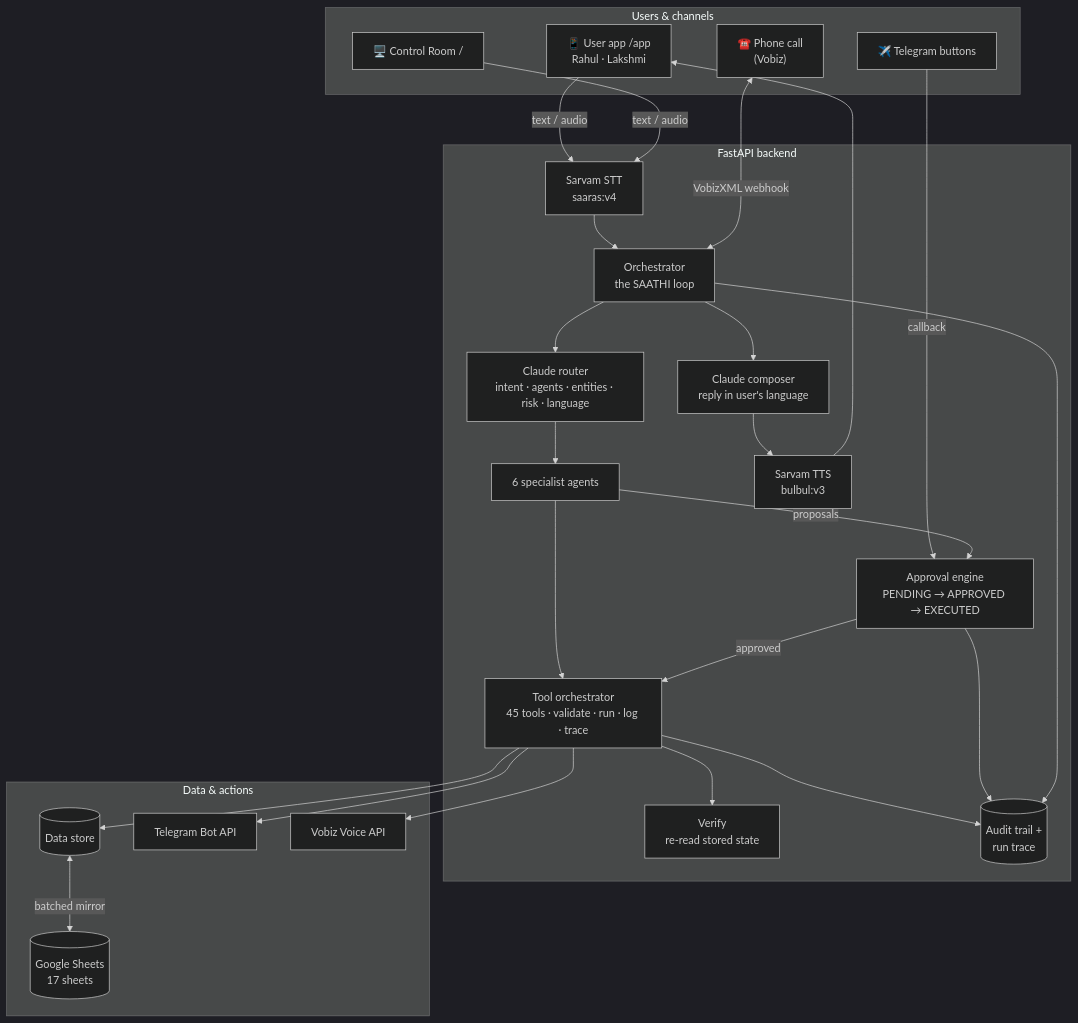
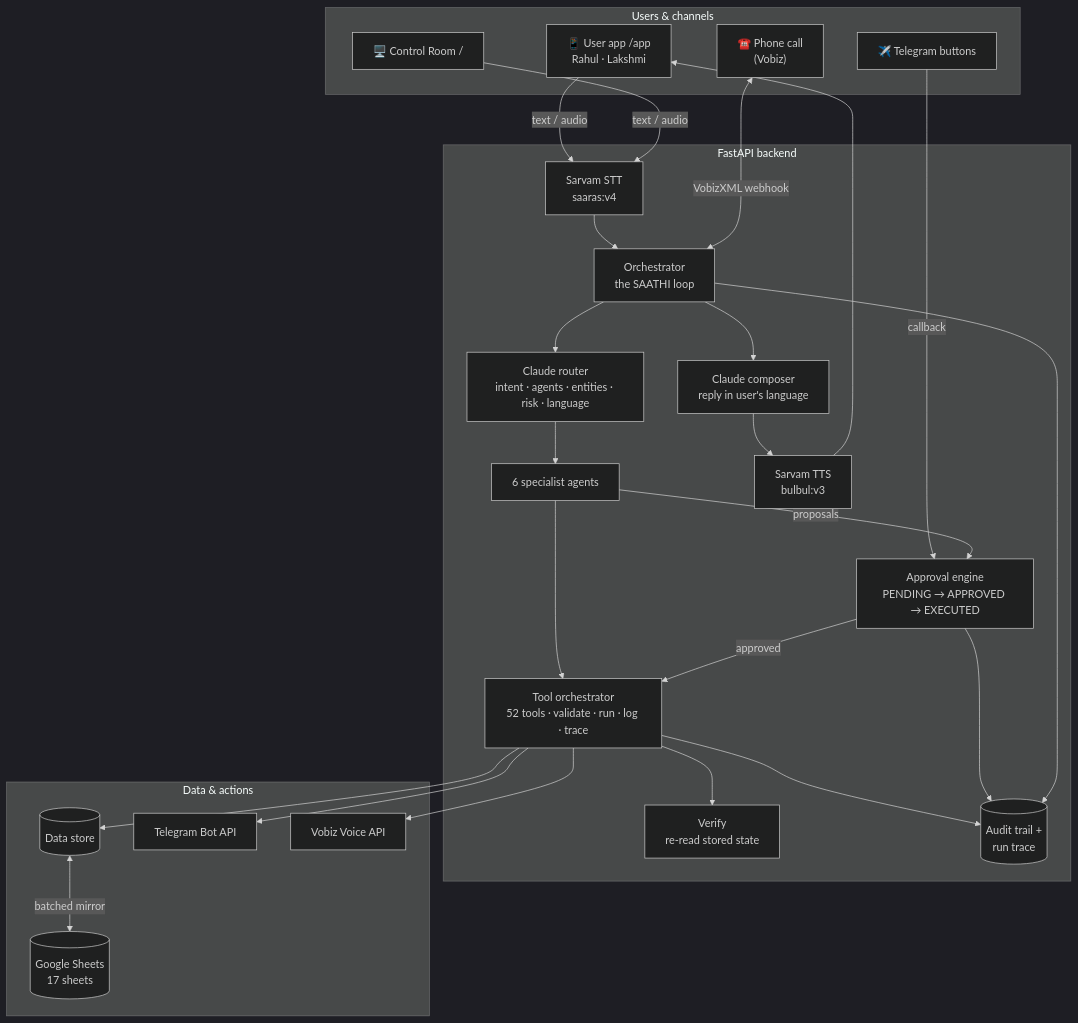
One commit to yadavahc/Saathi-AI changed the second of 11 diagrams in README.md. Above: the diagram before and after it, drawn with Mermaid (dark theme). The commit also changed other lines of this file and 43 other files, not shown here.

````diff
--- a/README.md
+++ b/README.md
@@ -129,41 +145,41 @@
 ```mermaid
 flowchart TB
     subgraph Users["Users & channels"]
         U1["📱 User app /app<br/>Rahul · Lakshmi"]
         U2["🖥️ Control Room /"]
         U3["☎️ Phone call<br/>(Vobiz)"]
         U4["✈️ Telegram buttons"]
     end
 
     subgraph Backend["FastAPI backend"]
         STT["Sarvam STT<br/>saaras:v4"]
         ORCH["Orchestrator<br/>the SAATHI loop"]
         ROUTER["Claude router<br/>intent · agents · entities · risk · language"]
         AGENTS["6 specialist agents"]
-        TOOLS["Tool orchestrator<br/>45 tools · validate · run · log · trace"]
+        TOOLS["Tool orchestrator<br/>52 tools · validate · run · log · trace"]
         APPROVE["Approval engine<br/>PENDING → APPROVED → EXECUTED"]
         VERIFY["Verify<br/>re-read stored state"]
         COMPOSE["Claude composer<br/>reply in user's language"]
         TTS["Sarvam TTS<br/>bulbul:v3"]
         AUDIT[("Audit trail +<br/>run trace")]
     end
 
     subgraph Data["Data & actions"]
         STORE[("Data store")]
         SHEETS[("Google Sheets<br/>17 sheets")]
         TG["Telegram Bot API"]
         VZ["Vobiz Voice API"]
     end
 
     U1 & U2 -->|text / audio| STT --> ORCH
     U3 <-->|VobizXML webhook| ORCH
     U4 -->|callback| APPROVE
     ORCH --> ROUTER --> AGENTS --> TOOLS
     AGENTS -->|proposals| APPROVE
     APPROVE -->|approved| TOOLS --> STORE
     TOOLS --> VERIFY
     STORE <-->|batched mirror| SHEETS
     TOOLS --> TG & VZ
     ORCH --> COMPOSE --> TTS --> U1
     TOOLS & APPROVE & ORCH --> AUDIT
 ```
````
